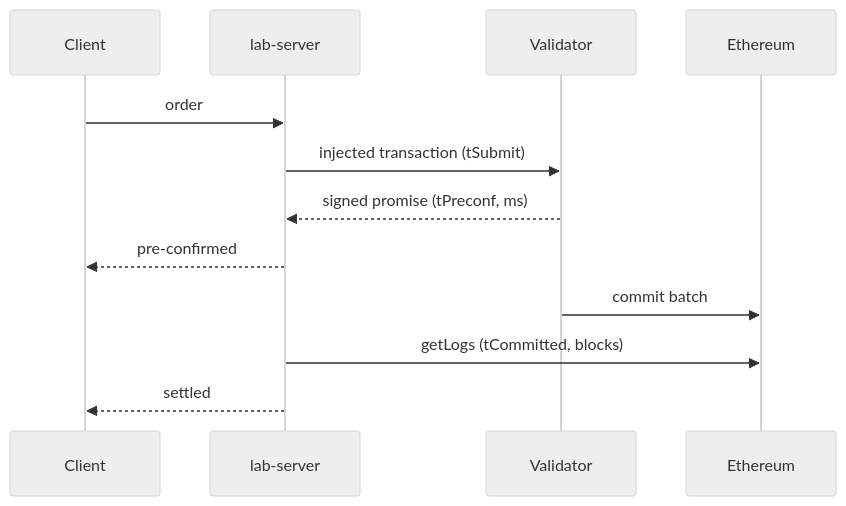
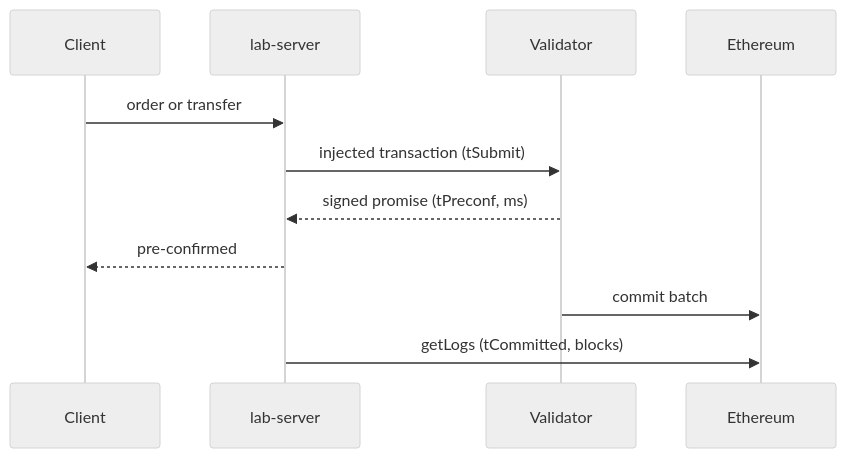
The second of 2 diagrams in README.md (Adityaakr/vara-eth-runner), drawn with Mermaid (neutral theme) before and after one commit. The commit also changed other lines of this file, not shown here.

First line of the commit message:
docs: README for the current lab — results, architecture, quick start, page guide, probes, limits

````diff
--- a/README.md
+++ b/README.md
@@ -38,14 +49,13 @@
 ```mermaid
 sequenceDiagram
   participant C as Client
   participant S as lab-server
   participant V as Validator
   participant E as Ethereum
-  C->>S: order
+  C->>S: order or transfer
   S->>V: injected transaction (tSubmit)
   V-->>S: signed promise (tPreconf, ms)
   S-->>C: pre-confirmed
   V->>E: commit batch
   S->>E: getLogs (tCommitted, blocks)
-  S-->>C: settled
 ```
````
